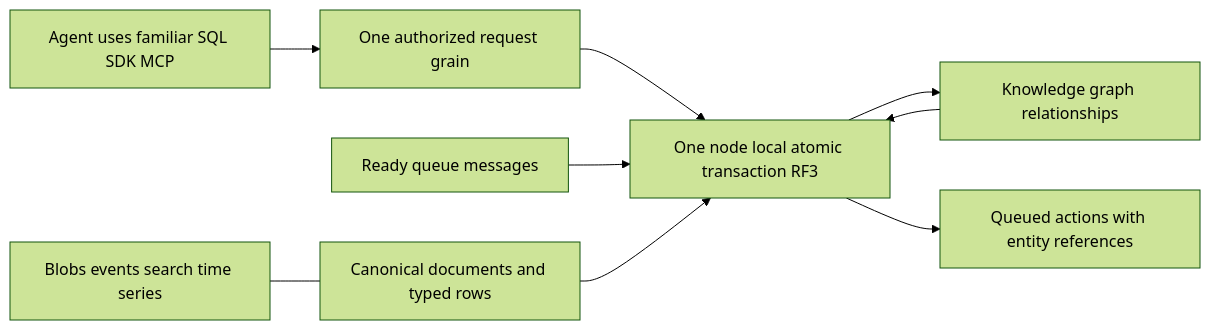
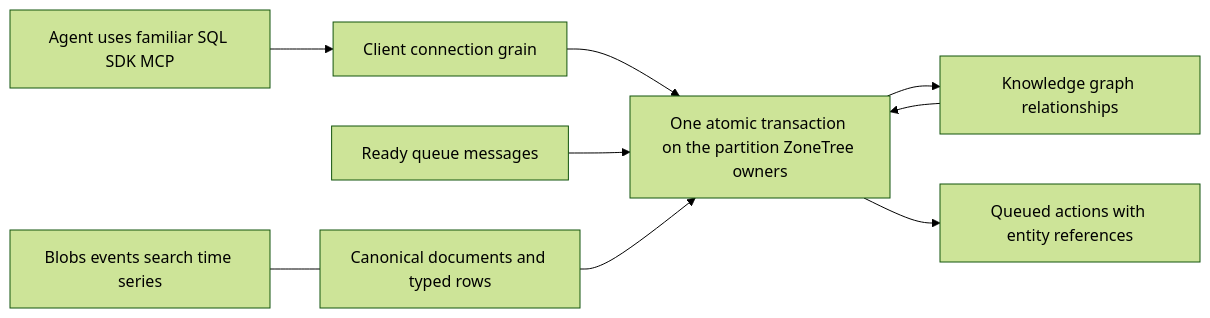
Before and after one commit to managedcode/KeyLoad: the diagram in docs/Features/DatabaseComposition.md, drawn with Mermaid (forest theme). The commit also changed other lines of this file and 7356 other files, not shown here.

````diff
--- a/docs/Features/DatabaseComposition.md
+++ b/docs/Features/DatabaseComposition.md
@@ -17,11 +10,11 @@
 ```mermaid
 flowchart LR
-    Agent[Agent uses familiar SQL SDK MCP] --> Request[One authorized request grain]
-    Request --> Transaction[One node local atomic transaction RF3]
-    Queue[Ready queue messages] --> Transaction
-    Entity[Canonical documents and typed rows] --> Transaction
-    Transaction --> Graph[Knowledge graph relationships]
-    Graph --> Transaction
-    Transaction --> Jobs[Queued actions with entity references]
-    Shared[Blobs events search time series] --- Entity
+ Agent[Agent uses familiar SQL SDK MCP] --> Request[Client connection grain]
+ Request --> Transaction[One atomic transaction on the partition ZoneTree owners]
+ Queue[Ready queue messages] --> Transaction
+ Entity[Canonical documents and typed rows] --> Transaction
+ Transaction --> Graph[Knowledge graph relationships]
+ Graph --> Transaction
+ Transaction --> Jobs[Queued actions with entity references]
+ Shared[Blobs events search time series] --- Entity
 ```
````
